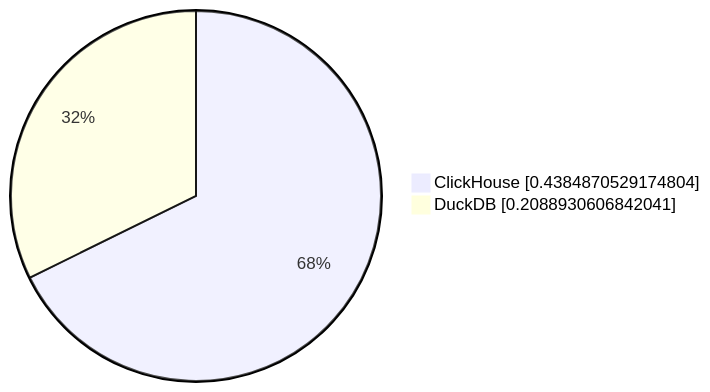
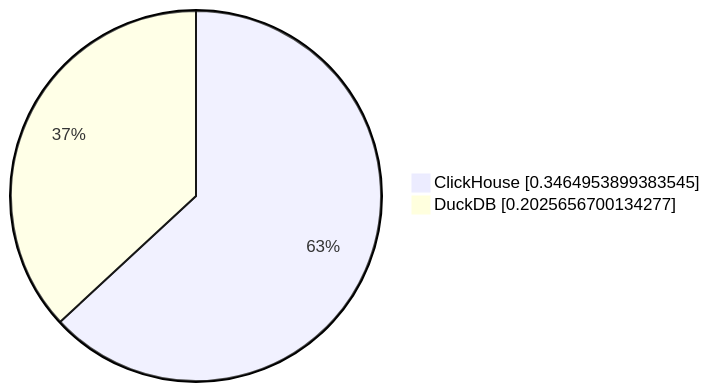
One commit to Altinity/clickhouse-regression changed the second of 19 diagrams in parquet/performance/results/hits/23.11.1.2711-alpine/README.md. Above: the diagram before and after it, drawn with Mermaid. The commit also changed other lines of this file and 8 other files, not shown here.

````diff
--- a/parquet/performance/results/hits/23.11.1.2711-alpine/README.md
+++ b/parquet/performance/results/hits/23.11.1.2711-alpine/README.md
@@ -20,5 +20,5 @@
 ```mermaid
      pie showData
-         "ClickHouse" : 0.4384870529174804
-         "DuckDB" : 0.2088930606842041
+         "ClickHouse" : 0.3464953899383545
+         "DuckDB" : 0.2025656700134277
 ```
````
